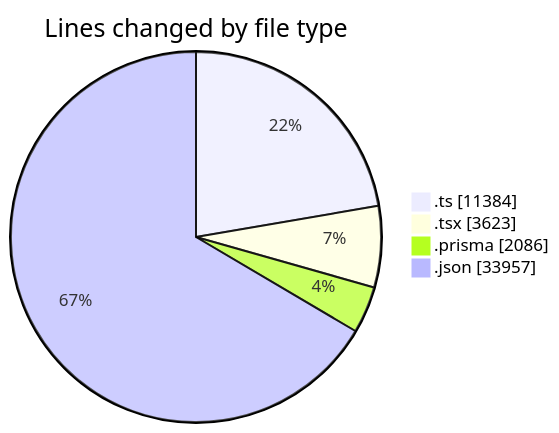
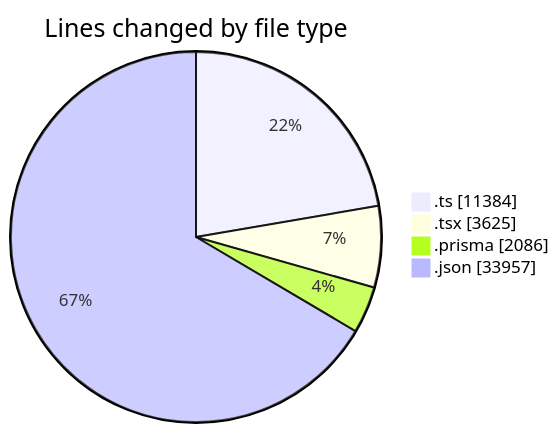
One commit to CELIANVF/code-tracking changed the first of 2 diagrams in 2025-05-19/ecodeli-1/README.md. Above: the diagram before and after it, drawn with Mermaid. The commit also changed other lines of this file and 1 other file, not shown here.

````diff
--- a/2025-05-19/ecodeli-1/README.md
+++ b/2025-05-19/ecodeli-1/README.md
@@ -63,8 +63,8 @@
 ```mermaid
 pie showData
 title Lines changed by file type
 ".ts" : 11384
-".tsx" : 3623
+".tsx" : 3625
 ".prisma" : 2086
 ".json" : 33957
 ```
````
